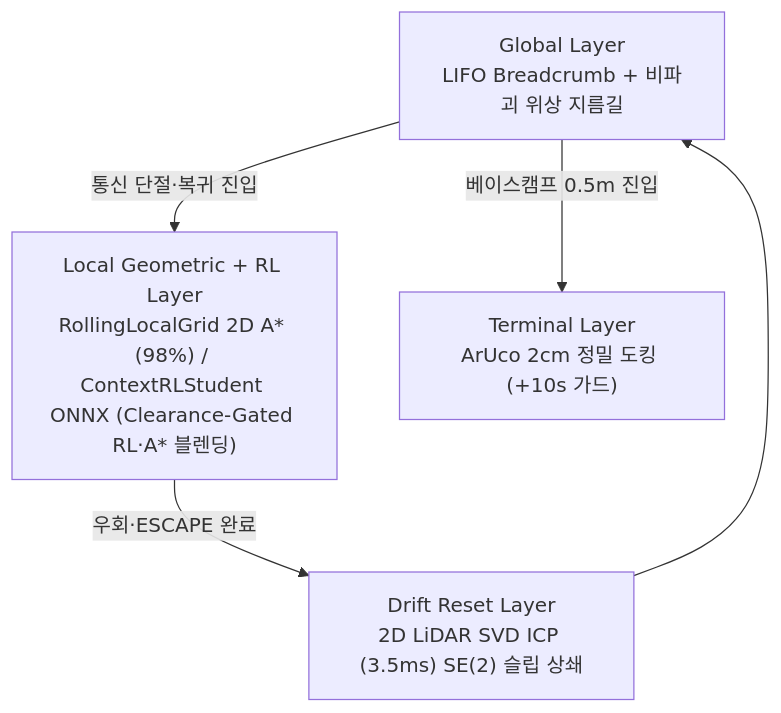
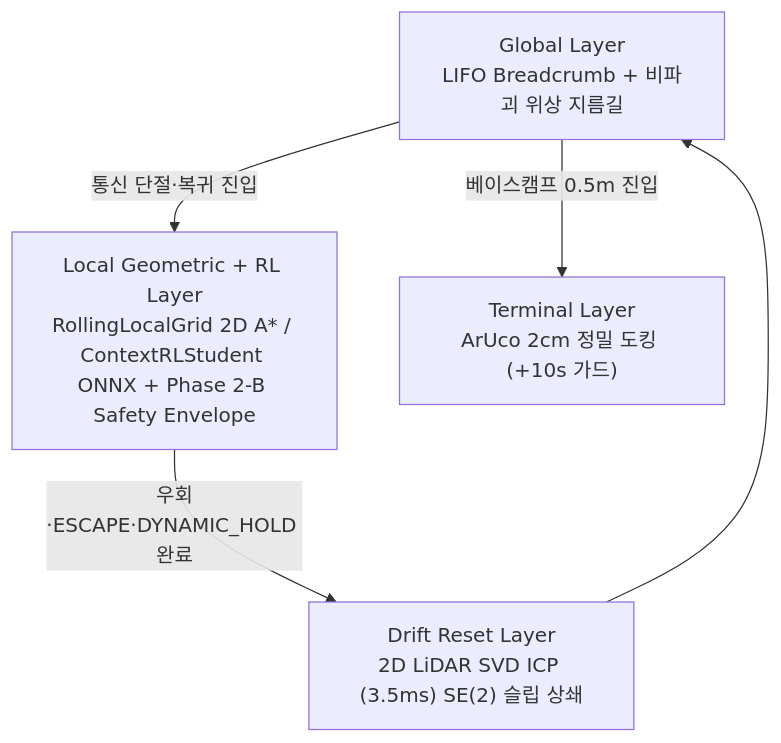
Before and after one commit to rjw136-lab/disaster_recovery_ws: the third of 3 diagrams in README.md, drawn with Mermaid. The commit also changed other lines of this file and 37 other files, not shown here.

Commit message:
feat(phase2b): complete 130-trial v3_dynfix benchmark (99.23%), promote ONNX, and update docs/GIFs

````diff
--- a/README.md
+++ b/README.md
@@ -237,7 +238,7 @@
 ```mermaid
 flowchart TD
-    G["Global Layer<br/>LIFO Breadcrumb + 비파괴 위상 지름길"] -->|"통신 단절·복귀 진입"| L["Local Geometric + RL Layer<br/>RollingLocalGrid 2D A* (98%) / ContextRLStudent ONNX (Clearance-Gated RL·A* 블렌딩)"]
-    L -->|"우회·ESCAPE 완료"| D["Drift Reset Layer<br/>2D LiDAR SVD ICP (3.5ms) SE(2) 슬립 상쇄"]
+    G["Global Layer<br/>LIFO Breadcrumb + 비파괴 위상 지름길"] -->|"통신 단절·복귀 진입"| L["Local Geometric + RL Layer<br/>RollingLocalGrid 2D A* / ContextRLStudent ONNX + Phase 2-B Safety Envelope"]
+    L -->|"우회·ESCAPE·DYNAMIC_HOLD 완료"| D["Drift Reset Layer<br/>2D LiDAR SVD ICP (3.5ms) SE(2) 슬립 상쇄"]
     D --> G
     G -->|"베이스캠프 0.5m 진입"| T["Terminal Layer<br/>ArUco 2cm 정밀 도킹 (+10s 가드)"]
 ```
````
